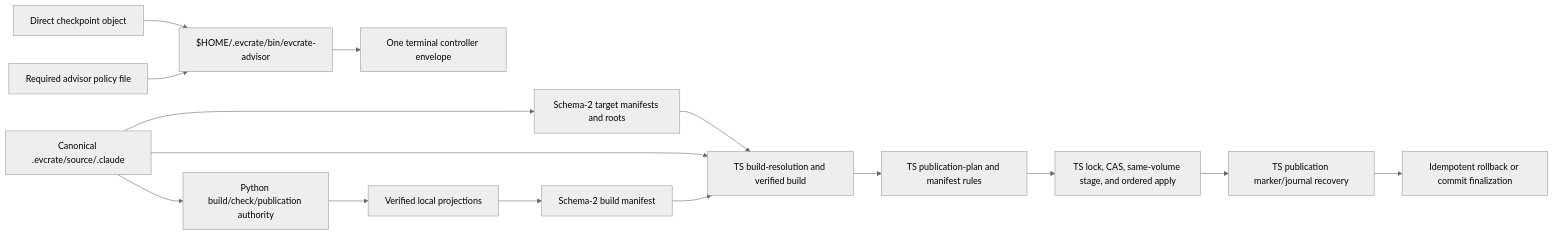
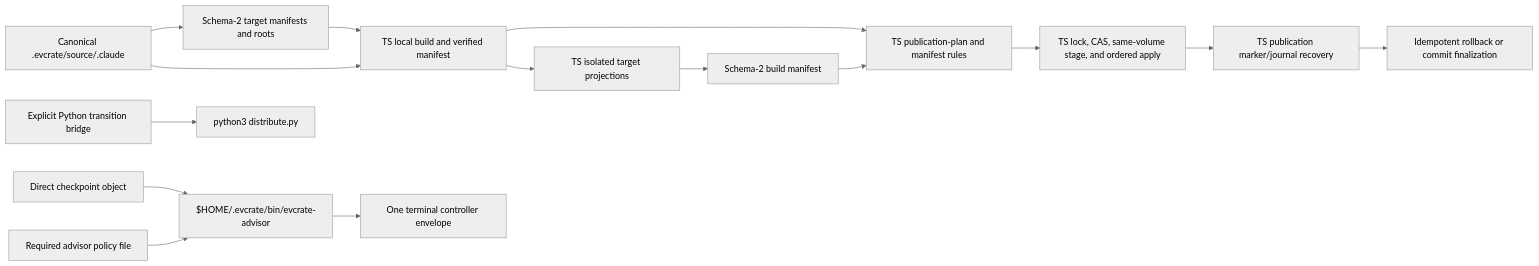
One commit to EigenCrate/evcrate changed the diagram in docs/system-architecture.md. Above: the diagram before and after it, drawn with Mermaid (neutral theme). The commit also changed other lines of this file and 794 other files, not shown here.

````diff
--- a/docs/system-architecture.md
+++ b/docs/system-architecture.md
@@ -29,18 +31,18 @@
 ```mermaid
 flowchart LR
   Source[Canonical .evcrate/source/.claude] --> TargetRegistry[Schema-2 target manifests and roots]
-  Source --> Build[TS build-resolution and verified build]
+  Source --> Build[TS local build and verified manifest]
   TargetRegistry --> Build
   Build --> Plan[TS publication-plan and manifest rules]
   Plan --> Apply[TS lock, CAS, same-volume stage, and ordered apply]
   Apply --> TargetRecovery[TS publication marker/journal recovery]
-  Source --> Python[Python build/check/publication authority]
-  Python --> Local[Verified local projections]
+  Build --> Local[TS isolated target projections]
   Local --> Manifest[Schema-2 build manifest]
-  Manifest --> Build
+  Manifest --> Plan
+  Compatibility[Explicit Python transition bridge] --> Python[python3 distribute.py]
   TargetRecovery --> Recovery[Idempotent rollback or commit finalization]
 
   Checkpoint[Direct checkpoint object] --> Controller[$HOME/.evcrate/bin/evcrate-advisor]
   Policy[Required advisor policy file] --> Controller
   Controller --> Result[One terminal controller envelope]
 ```
````
